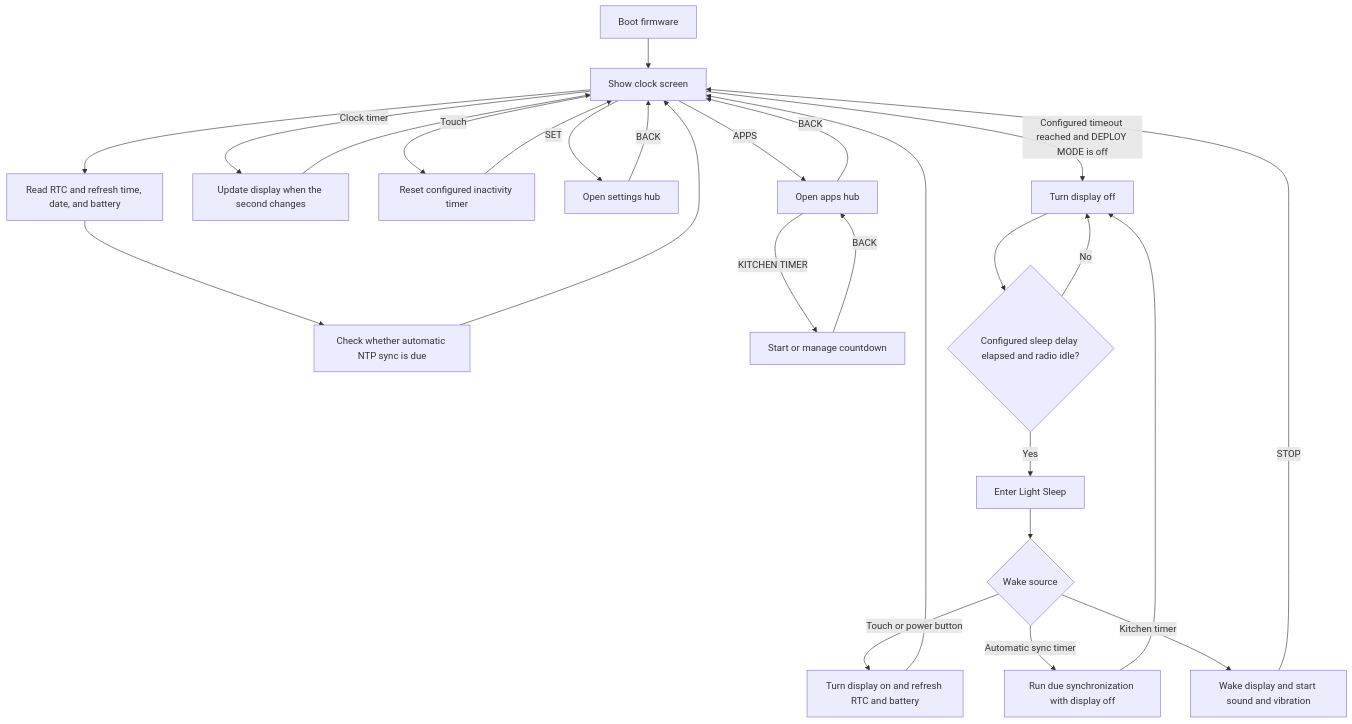
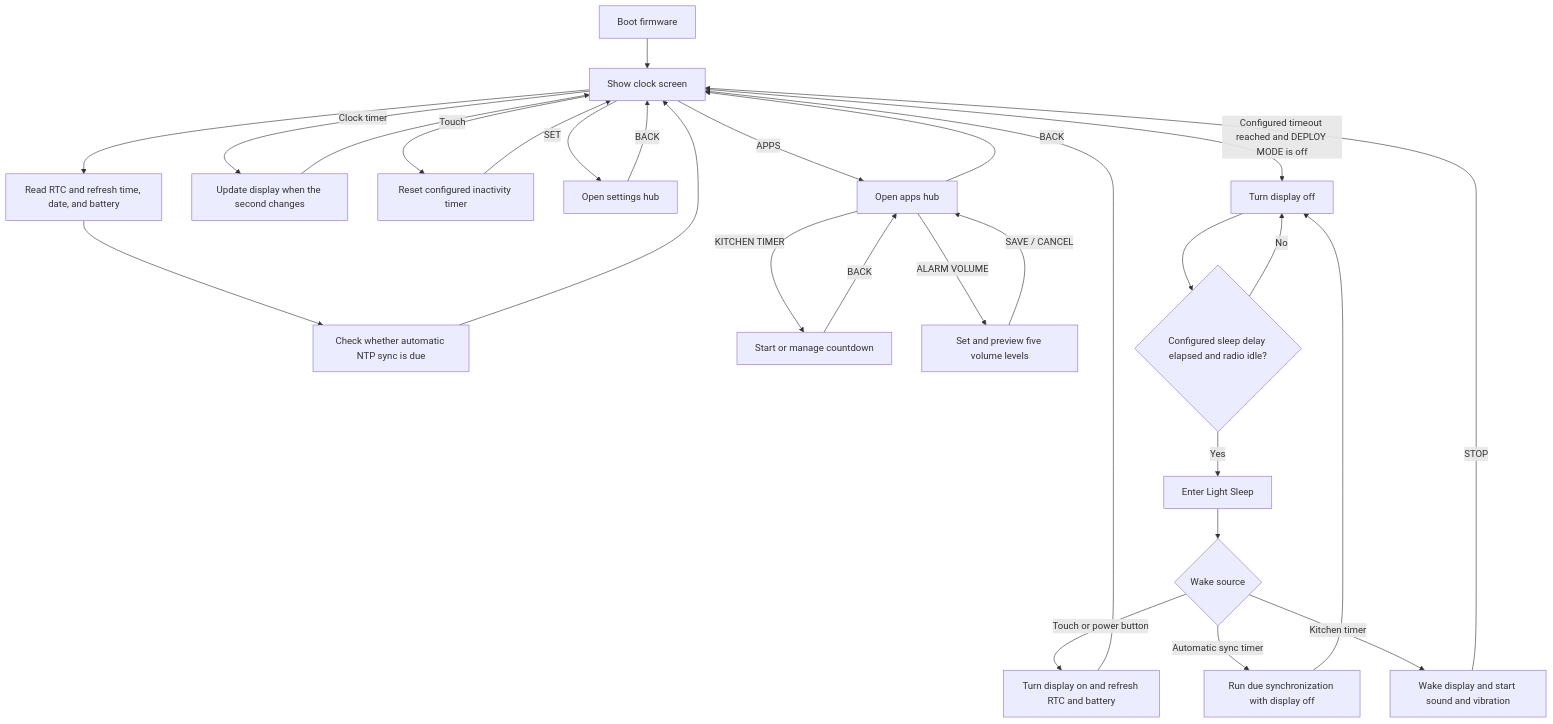
Before and after one commit to keach/LilyGoLib-PlatformIO: the first of 6 diagrams in README.md, drawn with Mermaid. The commit also changed other lines of this file and 12 other files, not shown here.

Commit message:
Add shared alarm notification volume

````diff
--- a/README.md
+++ b/README.md
@@ -186,30 +188,32 @@
 ```mermaid
 flowchart TD
     BOOT["Boot firmware"] --> CLOCK["Show clock screen"]
     CLOCK --> REFRESH["Read RTC and refresh time, date, and battery"]
     REFRESH --> DUE["Check whether automatic NTP sync is due"]
     DUE --> CLOCK
 
     CLOCK -- "Clock timer" --> TICK["Update display when the second changes"]
     TICK --> CLOCK
     CLOCK -- "Touch" --> ACTIVE["Reset configured inactivity timer"]
     ACTIVE --> CLOCK
     CLOCK -- "SET" --> HUB["Open settings hub"]
     HUB -- "BACK" --> CLOCK
     CLOCK -- "APPS" --> APPS["Open apps hub"]
     APPS -- "KITCHEN TIMER" --> TIMER["Start or manage countdown"]
+    APPS -- "ALARM VOLUME" --> AV["Set and preview five volume levels"]
+    AV -- "SAVE / CANCEL" --> APPS
     TIMER -- "BACK" --> APPS
     APPS -- "BACK" --> CLOCK
 
     CLOCK -- "Configured timeout reached and DEPLOY MODE is off" --> OFF["Turn display off"]
     OFF --> READY{"Configured sleep delay elapsed and radio idle?"}
     READY -- "No" --> OFF
     READY -- "Yes" --> SLEEP["Enter Light Sleep"]
     SLEEP --> WAKE{"Wake source"}
     WAKE -- "Touch or power button" --> RESTORE["Turn display on and refresh RTC and battery"]
     RESTORE --> CLOCK
     WAKE -- "Automatic sync timer" --> BG["Run due synchronization with display off"]
     BG --> OFF
     WAKE -- "Kitchen timer" --> ALERT["Wake display and start sound and vibration"]
     ALERT -- "STOP" --> CLOCK
 ```
````
